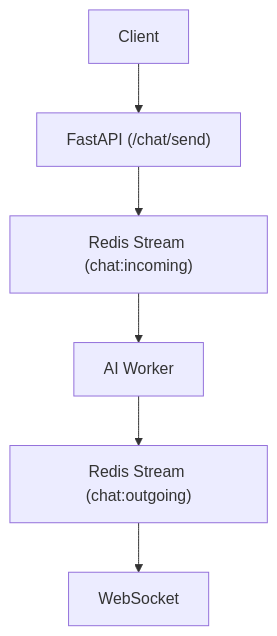
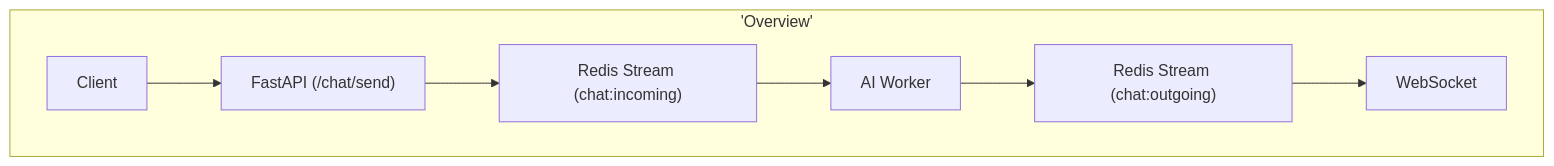
One commit to agomxz/ai_assitant changed the diagram in README.md. Above: the diagram before and after it, drawn with Mermaid.

````diff
--- a/README.md
+++ b/README.md
@@ -24,9 +24,11 @@
 ```mermaid
-flowchart TB
+graph TD
+  subgraph 'Overview'
     Client --> API["FastAPI (/chat/send)"]
     API --> RedisIn["Redis Stream (chat:incoming)"]
     RedisIn --> Worker["AI Worker"]
     Worker --> RedisOut["Redis Stream (chat:outgoing)"]
     RedisOut --> WS["WebSocket"]
+  end
 
 ```
````
